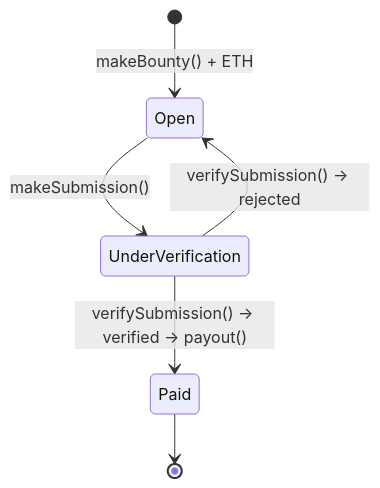
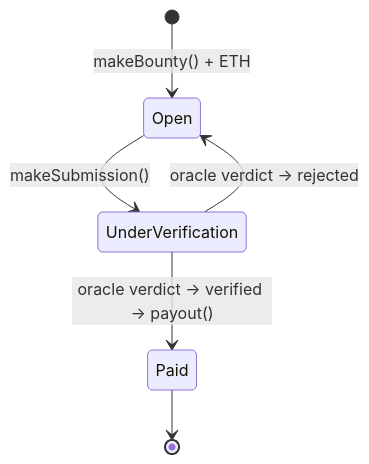
The second of 2 diagrams in README.md (adiseshan1505/CI-Gated-Trustless-Open-Source-Bounty-Payout-System), drawn with Mermaid before and after one commit. The commit also changed other lines of this file, not shown here.

Commit message:
docs: document implemented contracts, oracle checks and setup steps

````diff
--- a/README.md
+++ b/README.md
@@ -214,8 +229,8 @@
 ```mermaid
 stateDiagram-v2
     [*] --> Open: makeBounty() + ETH
     Open --> UnderVerification: makeSubmission()
-    UnderVerification --> Open: verifySubmission() → rejected
-    UnderVerification --> Paid: verifySubmission() → verified → payout()
+    UnderVerification --> Open: oracle verdict → rejected
+    UnderVerification --> Paid: oracle verdict → verified → payout()
     Paid --> [*]
 ```
````
